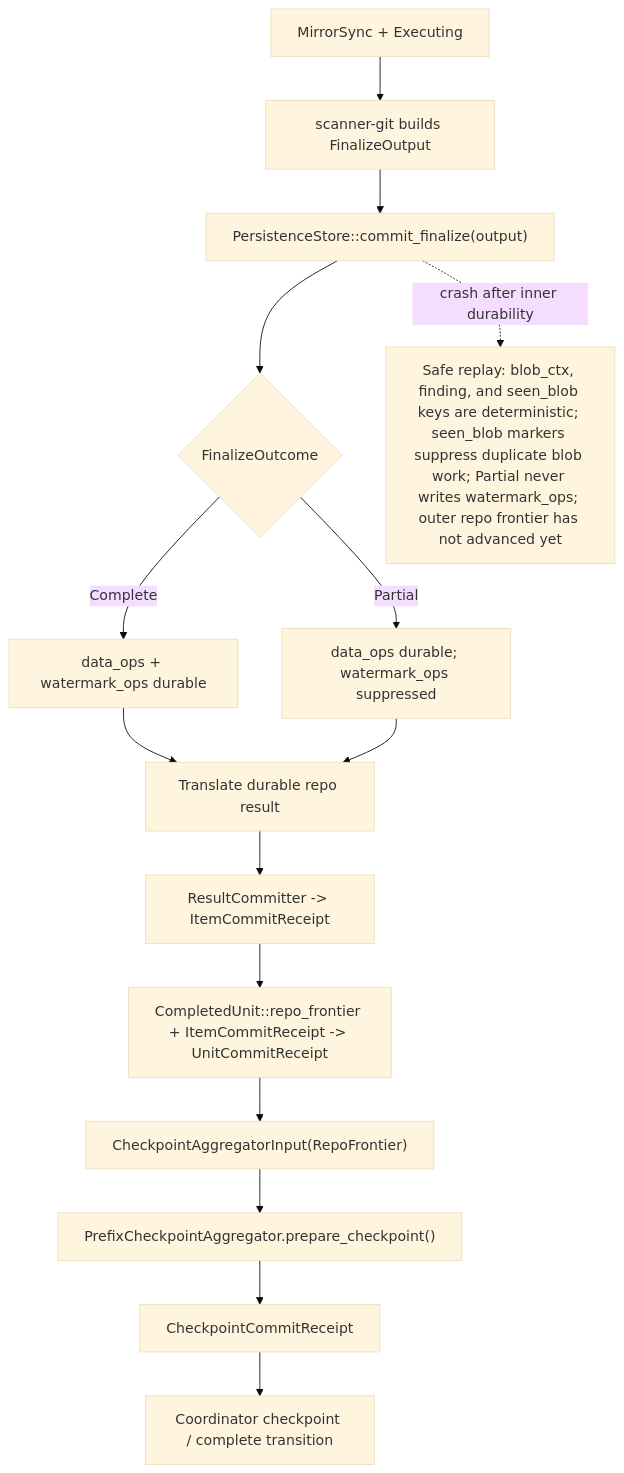
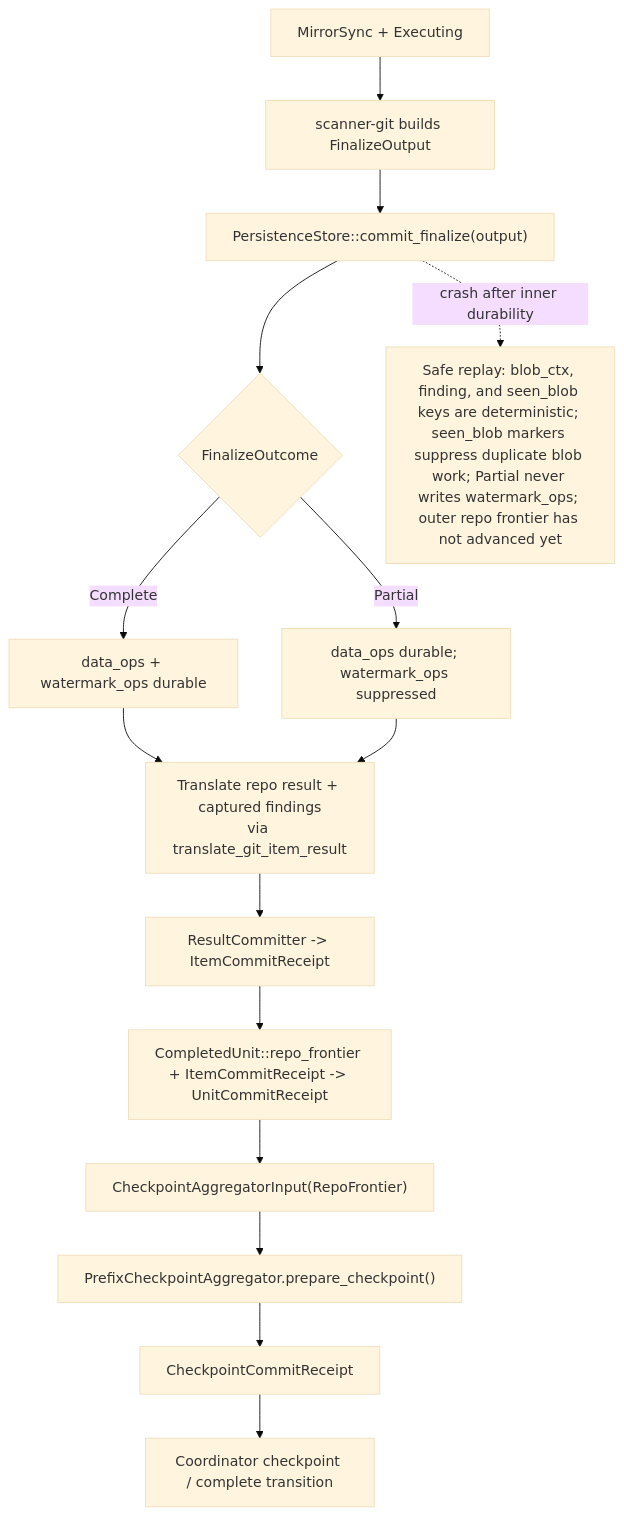
The second of 2 diagrams in docs/adr/0001-git-mvp-execution-model.md (ahrav/Gossip-rs), drawn with Mermaid (base theme) before and after one commit. The commit also changed other lines of this file and 25 other files, not shown here.

````diff
--- a/docs/adr/0001-git-mvp-execution-model.md
+++ b/docs/adr/0001-git-mvp-execution-model.md
@@ -109,18 +109,18 @@
 ```mermaid
 flowchart TD
     A["MirrorSync + Executing"] --> B["scanner-git builds FinalizeOutput"]
     B --> C["PersistenceStore::commit_finalize(output)"]
     C --> D{"FinalizeOutcome"}
     D -->|Complete| E["data_ops + watermark_ops durable"]
     D -->|Partial| F["data_ops durable; watermark_ops suppressed"]
-    E --> G["Translate durable repo result"]
+    E --> G["Translate repo result + captured findings<br/>via translate_git_item_result"]
     F --> G
     G --> H["ResultCommitter -> ItemCommitReceipt"]
     H --> I["CompletedUnit::repo_frontier + ItemCommitReceipt -> UnitCommitReceipt"]
     I --> J["CheckpointAggregatorInput(RepoFrontier)"]
     J --> K["PrefixCheckpointAggregator.prepare_checkpoint()"]
     K --> L["CheckpointCommitReceipt"]
     L --> M["Coordinator checkpoint / complete transition"]
 
     C -. crash after inner durability .-> N["Safe replay: blob_ctx, finding, and seen_blob keys are deterministic; seen_blob markers suppress duplicate blob work; Partial never writes watermark_ops; outer repo frontier has not advanced yet"]
 ```
````
